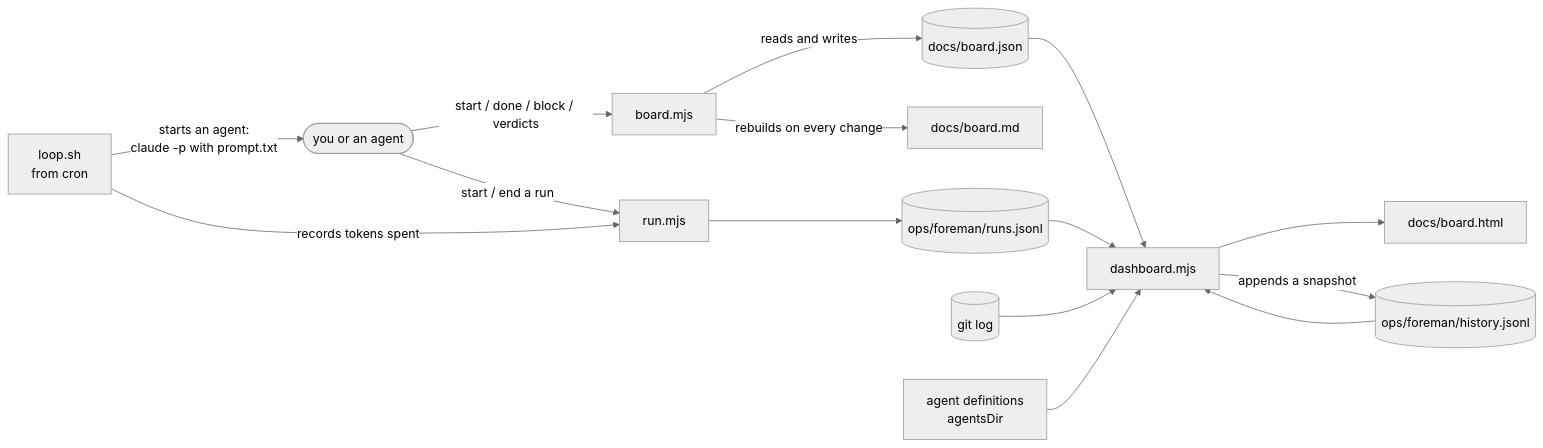
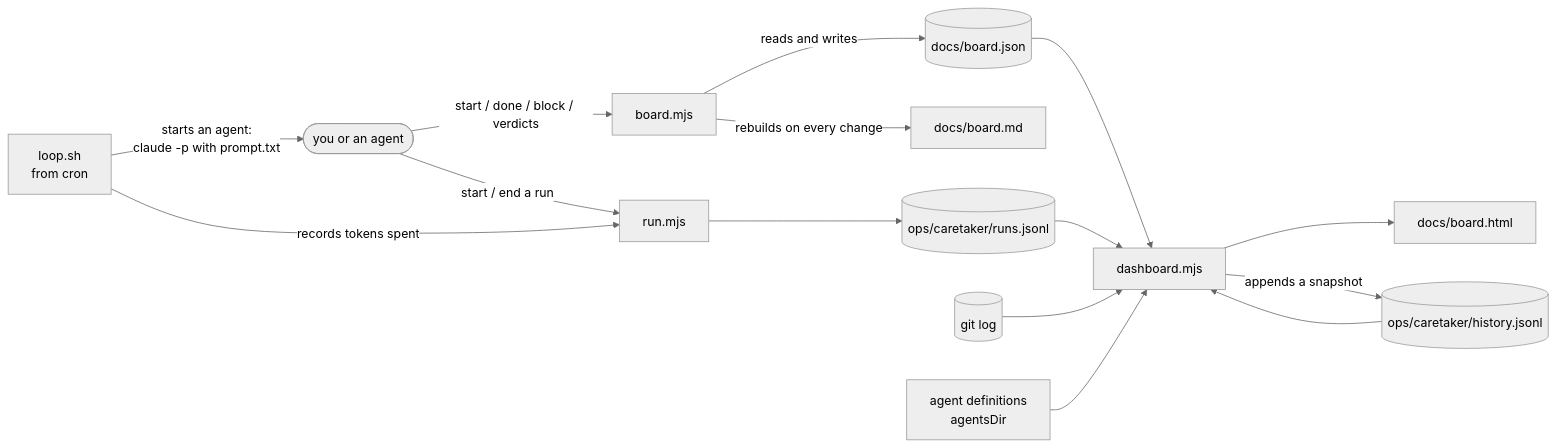
One commit to clive5exe/Caretaker changed the third of 14 diagrams in README.md. Above: the diagram before and after it, drawn with Mermaid (neutral theme). The commit also changed other lines of this file and 59 other files, not shown here.

First line of the commit message:
Rename Foreman to Caretaker, everywhere

````diff
--- a/README.md
+++ b/README.md
@@ -165,30 +165,30 @@
 ```mermaid
 flowchart LR
   you([you or an agent])
   board[board.mjs]
   dash[dashboard.mjs]
   runlog[run.mjs]
   loop[loop.sh<br/>from cron]
 
   BJ[(docs/board.json)]
   MD[docs/board.md]
   HTML[docs/board.html]
-  RUNS[(ops/foreman/runs.jsonl)]
-  HIST[(ops/foreman/history.jsonl)]
+  RUNS[(ops/caretaker/runs.jsonl)]
+  HIST[(ops/caretaker/history.jsonl)]
   GIT[(git log)]
   AG[agent definitions<br/>agentsDir]
 
   you -- "start / done / block / verdicts" --> board
   board -- "reads and writes" --> BJ
   board -- "rebuilds on every change" --> MD
   you -- "start / end a run" --> runlog --> RUNS
   BJ --> dash
   RUNS --> dash
   GIT --> dash
   AG --> dash
   dash --> HTML
   dash -- "appends a snapshot" --> HIST
   HIST --> dash
   loop -- "starts an agent:<br/>claude -p with prompt.txt" --> you
   loop -- "records tokens spent" --> runlog
 ```
````
